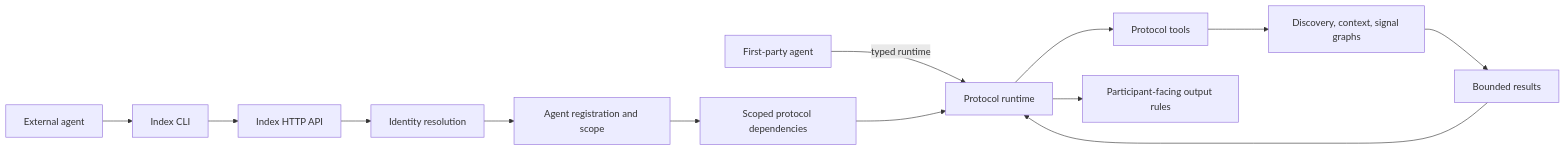
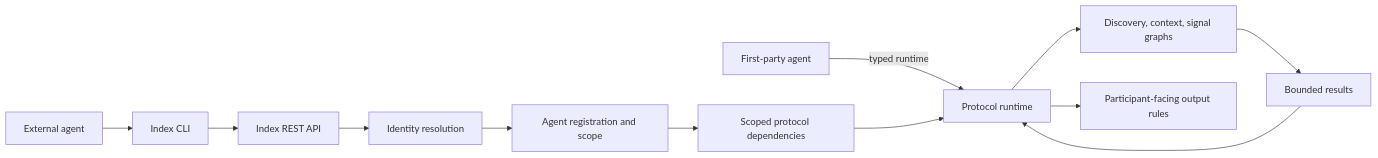
One commit to indexnetwork/index changed the sixth of 6 diagrams in packages/protocol/README.md. Above: the diagram before and after it, drawn with Mermaid. The commit also changed other lines of this file and 127 other files, not shown here.

First line of the commit message:
Drop tool API in favor of REST resources

````diff
--- a/packages/protocol/README.md
+++ b/packages/protocol/README.md
@@ -391,17 +391,16 @@
 ```mermaid
 flowchart LR
     ExternalAgent[External agent] --> CLI[Index CLI]
-    CLI --> HTTP[Index HTTP API]
+    CLI --> HTTP[Index REST API]
     FirstPartyAgent[First-party agent] -->|typed runtime| Runtime[Protocol runtime]
 
     HTTP --> Identity[Identity resolution]
     Identity --> AgentGate[Agent registration and scope]
     AgentGate --> ScopedDeps[Scoped protocol dependencies]
     ScopedDeps --> Runtime
 
-    Runtime --> Tools[Protocol tools]
-    Tools --> Graphs[Discovery, context, signal graphs]
+    Runtime --> Graphs[Discovery, context, signal graphs]
     Graphs --> Results[Bounded results]
     Results --> Runtime
     Runtime --> ParticipantOutput[Participant-facing output rules]
 ```
````
